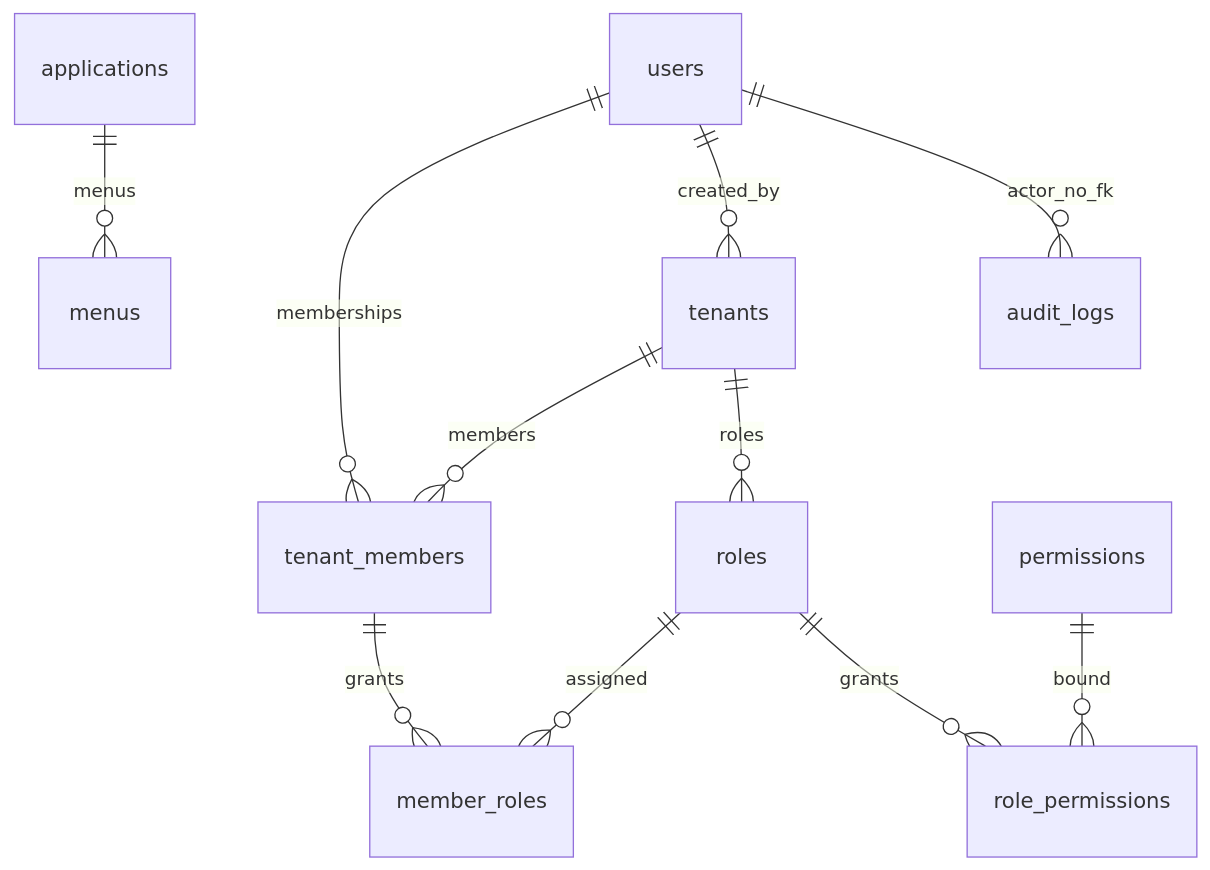
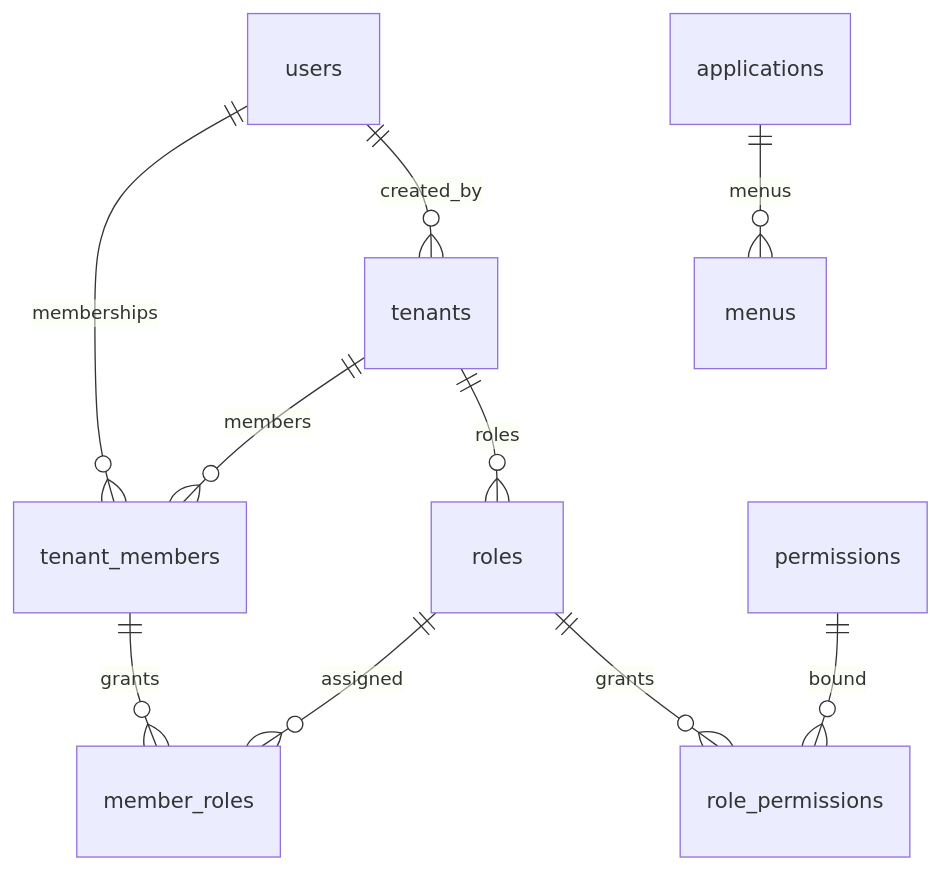
Before and after one commit to huochaigg/neorvion-erp: the fifth of 6 diagrams in docs/architecture/iam-authentication-authorization-guide.md, drawn with Mermaid. The commit also changed other lines of this file and 2 other files, not shown here.

````diff
--- a/docs/architecture/iam-authentication-authorization-guide.md
+++ b/docs/architecture/iam-authentication-authorization-guide.md
@@ -321,13 +309,12 @@
 ```mermaid
 erDiagram
   users ||--o{ tenant_members : memberships
   users ||--o{ tenants : created_by
   tenants ||--o{ tenant_members : members
   tenants ||--o{ roles : roles
   tenant_members ||--o{ member_roles : grants
   roles ||--o{ member_roles : assigned
   roles ||--o{ role_permissions : grants
   permissions ||--o{ role_permissions : bound
   applications ||--o{ menus : menus
-  users ||--o{ audit_logs : actor_no_fk
 ```
````
